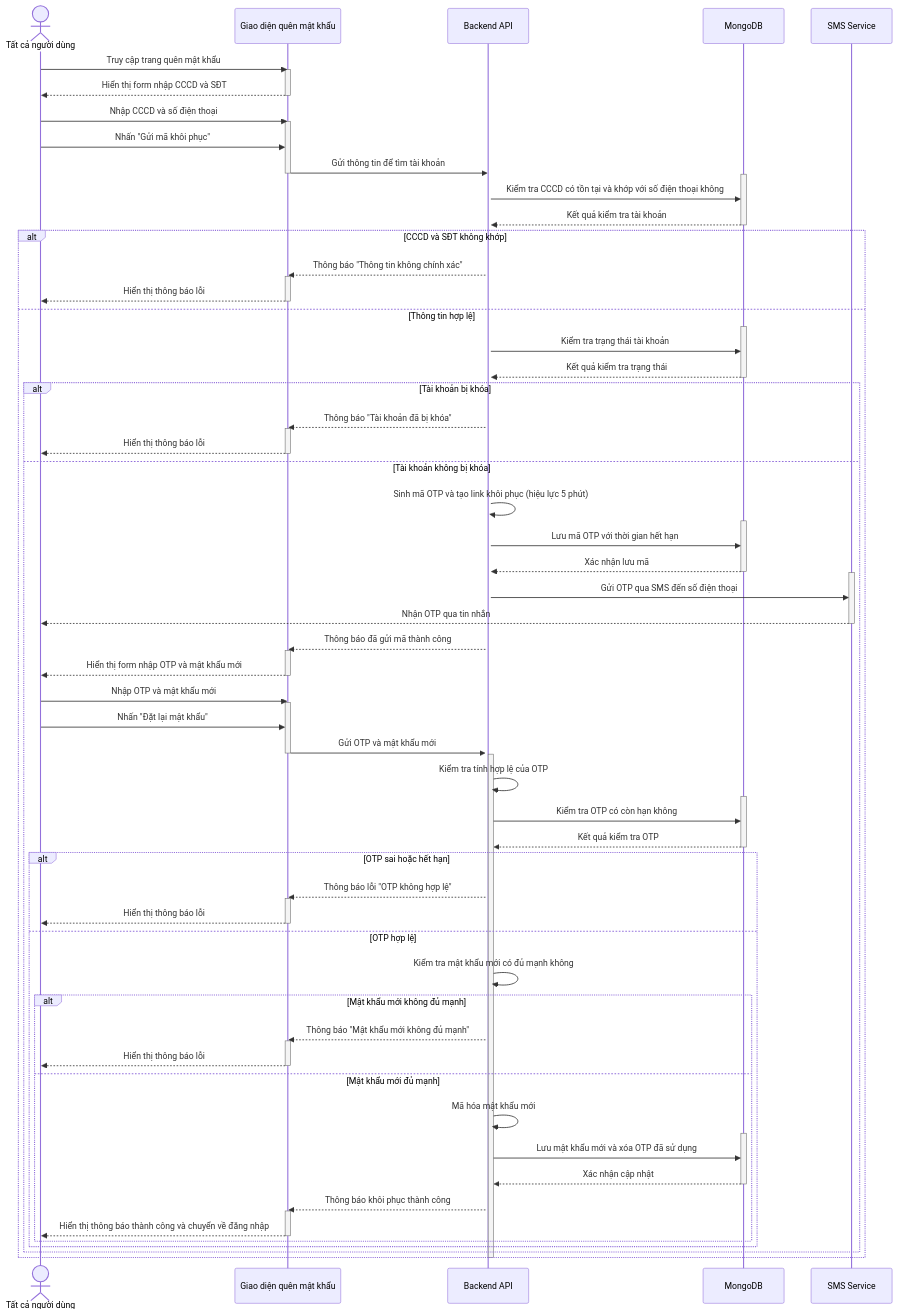
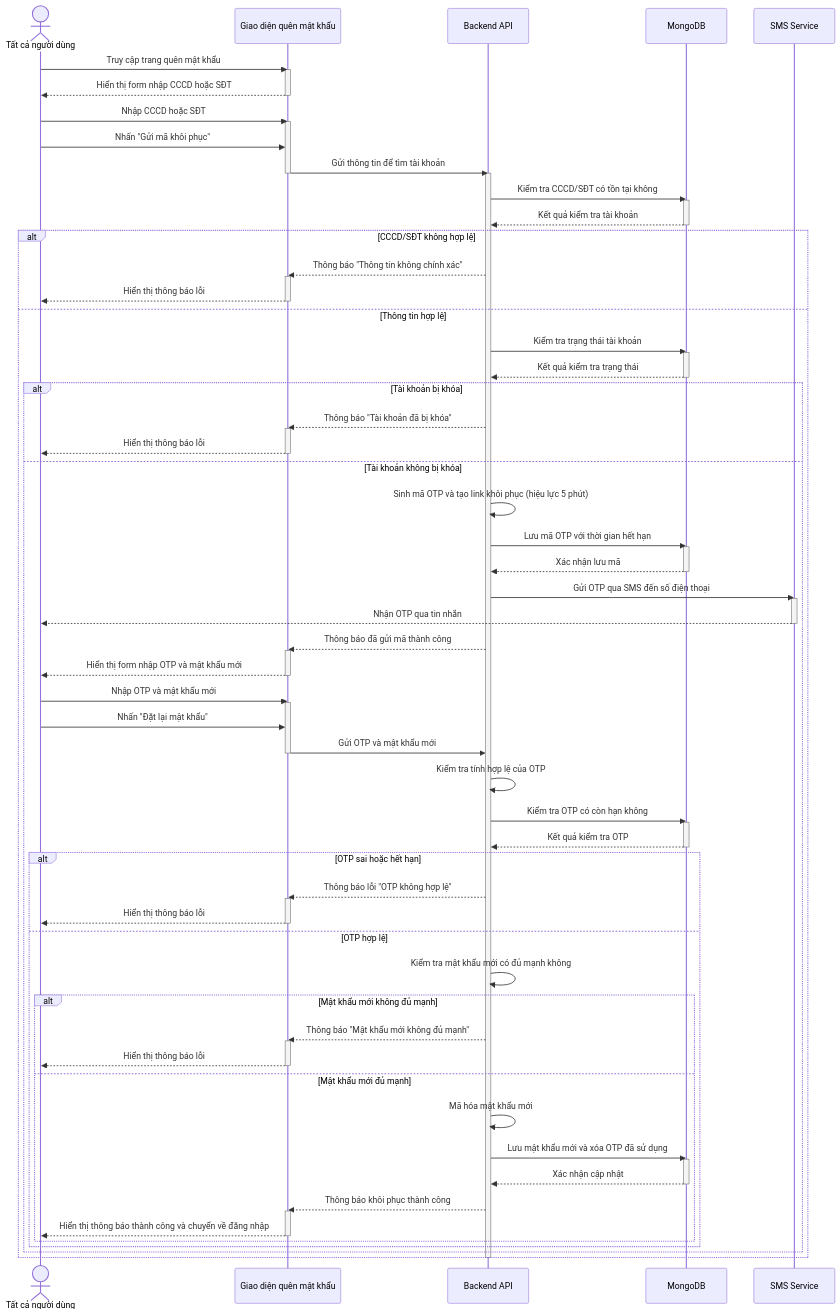
One commit to Thienpkae/DATN changed the sixth of 39 diagrams in Complete_Use_Case_Sequence_Diagrams.md. Above: the diagram before and after it, drawn with Mermaid. The commit also changed other lines of this file and 50 other files, not shown here.

````diff
--- a/Complete_Use_Case_Sequence_Diagrams.md
+++ b/Complete_Use_Case_Sequence_Diagrams.md
@@ -471,29 +405,29 @@
 
     User ->> UI: Truy cập trang quên mật khẩu
     activate UI
-    UI -->> User: Hiển thị form nhập CCCD và SĐT
+    UI -->> User: Hiển thị form nhập CCCD hoặc SĐT
     deactivate UI
 
-    User ->> UI: Nhập CCCD và số điện thoại
+    User ->> UI: Nhập CCCD hoặc SĐT
     activate UI
     User ->> UI: Nhấn "Gửi mã khôi phục"
     UI ->> API: Gửi thông tin để tìm tài khoản
     deactivate UI
 
     activate API
+    API ->> DB: Kiểm tra CCCD/SĐT có tồn tại không
     activate DB
-    API ->> DB: Kiểm tra CCCD có tồn tại và khớp với số điện thoại không
     DB -->> API: Kết quả kiểm tra tài khoản
     deactivate DB
 
-    alt CCCD và SĐT không khớp
+    alt CCCD/SĐT không hợp lệ
         API -->> UI: Thông báo "Thông tin không chính xác"
         activate UI
         UI -->> User: Hiển thị thông báo lỗi
         deactivate UI
     else Thông tin hợp lệ
+        API ->> DB: Kiểm tra trạng thái tài khoản
         activate DB
-        API ->> DB: Kiểm tra trạng thái tài khoản
         DB -->> API: Kết quả kiểm tra trạng thái
         deactivate DB
 
@@ -505,13 +439,13 @@
         else Tài khoản không bị khóa
             API ->> API: Sinh mã OTP và tạo link khôi phục (hiệu lực 5 phút)
 
+            API ->> DB: Lưu mã OTP với thời gian hết hạn
             activate DB
-            API ->> DB: Lưu mã OTP với thời gian hết hạn
             DB -->> API: Xác nhận lưu mã
             deactivate DB
 
+            API ->> SMS: Gửi OTP qua SMS đến số điện thoại
             activate SMS
-            API ->> SMS: Gửi OTP qua SMS đến số điện thoại
             SMS -->> User: Nhận OTP qua tin nhắn
             deactivate SMS
 
@@ -526,11 +460,10 @@
             UI ->> API: Gửi OTP và mật khẩu mới
             deactivate UI
 
-            activate API
             API ->> API: Kiểm tra tính hợp lệ của OTP
 
+            API ->> DB: Kiểm tra OTP có còn hạn không
             activate DB
-            API ->> DB: Kiểm tra OTP có còn hạn không
             DB -->> API: Kết quả kiểm tra OTP
             deactivate DB
 
@@ -549,8 +482,8 @@
                     deactivate UI
                 else Mật khẩu mới đủ mạnh
                     API ->> API: Mã hóa mật khẩu mới
+                    API ->> DB: Lưu mật khẩu mới và xóa OTP đã sử dụng
                     activate DB
-                    API ->> DB: Lưu mật khẩu mới và xóa OTP đã sử dụng
                     DB -->> API: Xác nhận cập nhật
                     deactivate DB
 
@@ -564,4 +497,5 @@
     end
 
     deactivate API
+
 ```
````
